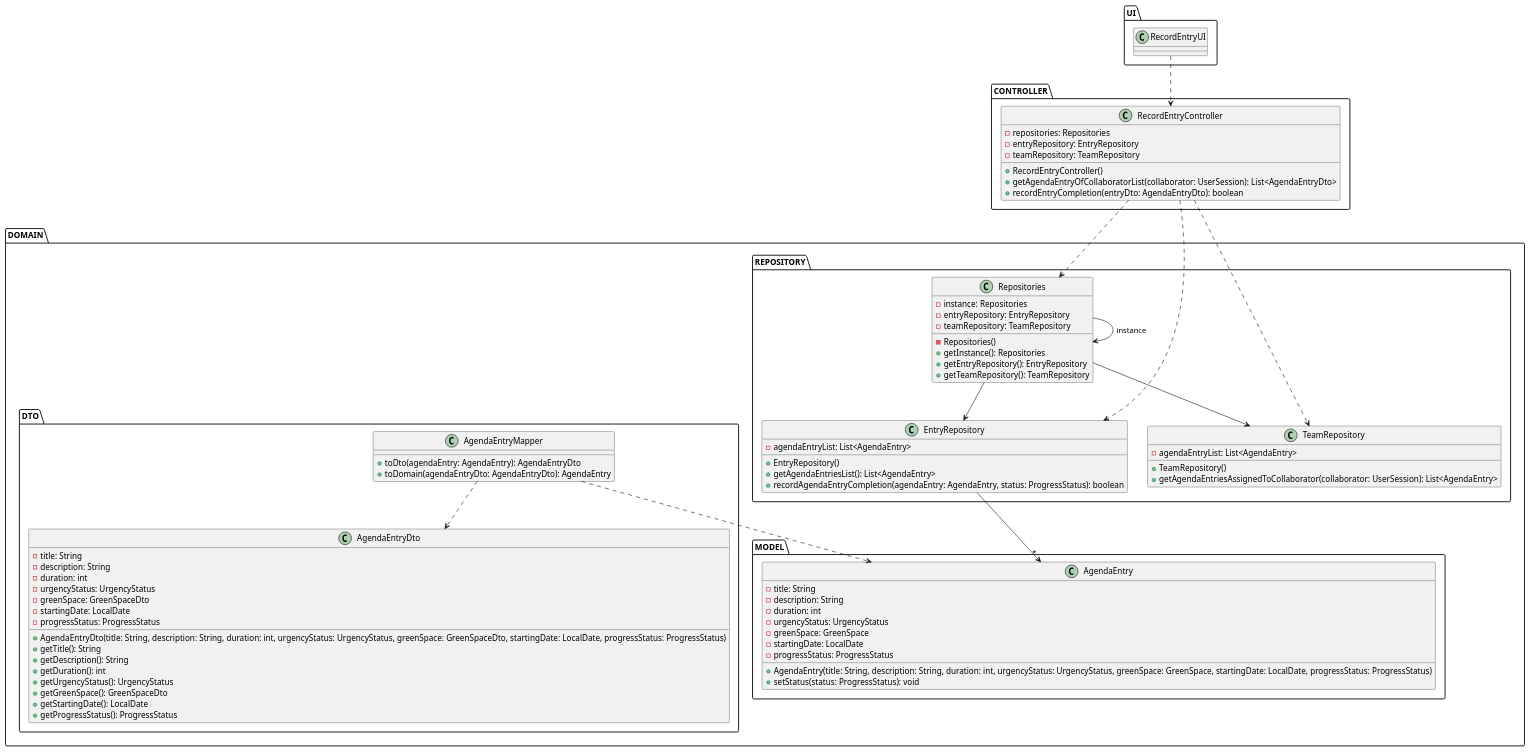
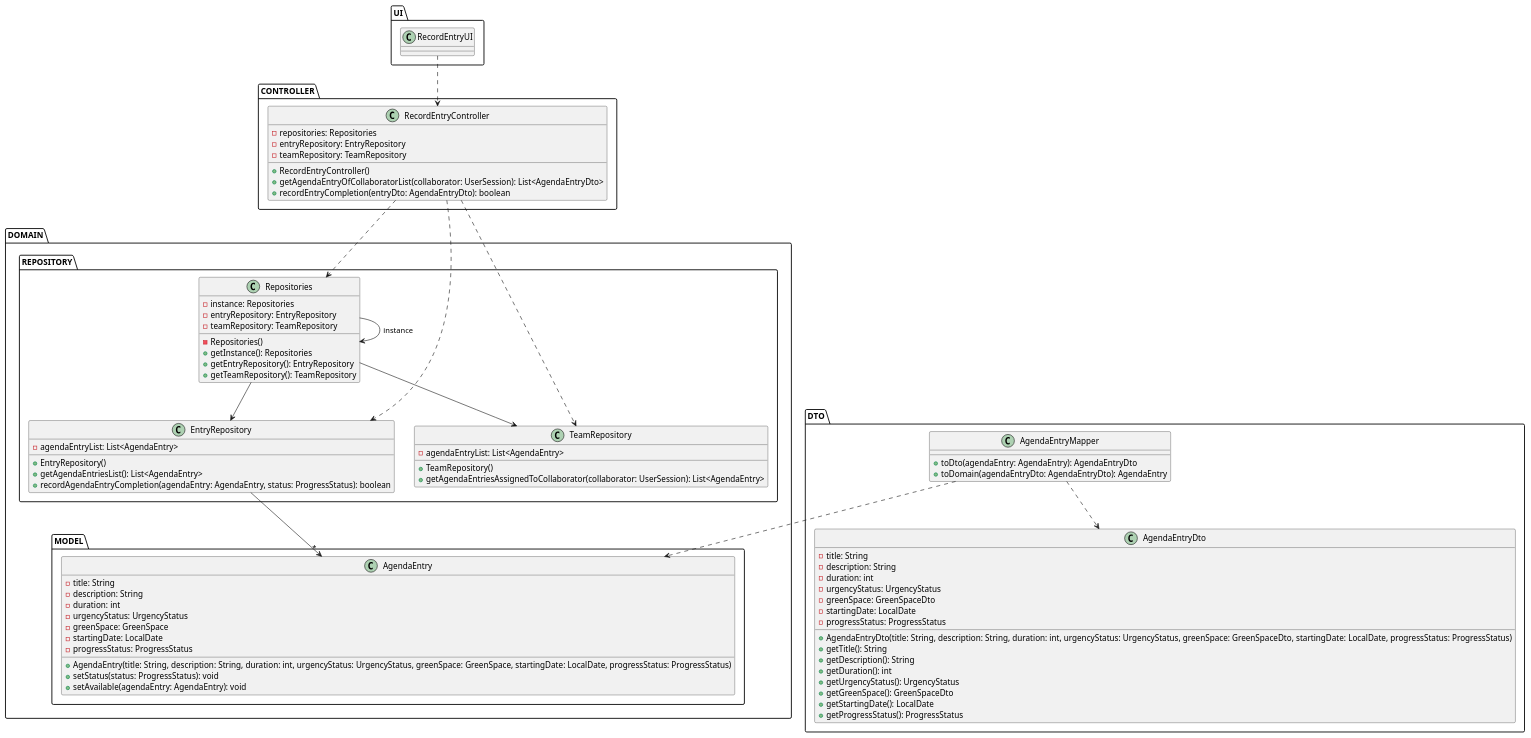
Before and after one commit to ricardomm7/leaflink: the diagram in docs/sprintC/us029/03.design/puml/us029-class-diagram.puml, drawn with PlantUML. The commit also changed 10 other files, not shown here.

```diff
--- a/docs/sprintC/us029/03.design/puml/us029-class-diagram.puml
+++ b/docs/sprintC/us029/03.design/puml/us029-class-diagram.puml
@@ -1,98 +1,98 @@
 @startuml
 skinparam shadowing false
 skinparam line type polyline
 'left to right direction
 package UI {
     class RecordEntryUI {
     }
 }
 
 package CONTROLLER {
     class RecordEntryController {
         - repositories: Repositories
         - entryRepository: EntryRepository
         - teamRepository: TeamRepository
         + RecordEntryController()
         + getAgendaEntryOfCollaboratorList(collaborator: UserSession): List<AgendaEntryDto>
         + recordEntryCompletion(entryDto: AgendaEntryDto): boolean
     }
 }
 
 package DOMAIN {
     package REPOSITORY {
         class Repositories {
             - instance: Repositories
             - entryRepository: EntryRepository
             - teamRepository: TeamRepository
             - Repositories()
             + getInstance(): Repositories
             + getEntryRepository(): EntryRepository
             + getTeamRepository(): TeamRepository
         }
 
         class EntryRepository {
             - agendaEntryList: List<AgendaEntry>
             + EntryRepository()
             + getAgendaEntriesList(): List<AgendaEntry>
             + recordAgendaEntryCompletion(agendaEntry: AgendaEntry, status: ProgressStatus): boolean
         }
 
         class TeamRepository {
             - agendaEntryList: List<AgendaEntry>
             + TeamRepository()
             + getAgendaEntriesAssignedToCollaborator(collaborator: UserSession): List<AgendaEntry>
         }
     }
 
-    package DTO {
+    package MODEL {
+        class AgendaEntry {
+            - title: String
+            - description: String
+            - duration: int
+            - urgencyStatus: UrgencyStatus
+            - greenSpace: GreenSpace
+            - startingDate: LocalDate
+            - progressStatus: ProgressStatus
+            + AgendaEntry(title: String, description: String, duration: int, urgencyStatus: UrgencyStatus, greenSpace: GreenSpace, startingDate: LocalDate, progressStatus: ProgressStatus)
+            + setStatus(status: ProgressStatus): void
+            + setAvailable(agendaEntry: AgendaEntry): void
+        }
+    }
+}
+package DTO {
         class AgendaEntryMapper {
             + toDto(agendaEntry: AgendaEntry): AgendaEntryDto
             + toDomain(agendaEntryDto: AgendaEntryDto): AgendaEntry
         }
 
         class AgendaEntryDto {
             - title: String
             - description: String
             - duration: int
             - urgencyStatus: UrgencyStatus
             - greenSpace: GreenSpaceDto
             - startingDate: LocalDate
             - progressStatus: ProgressStatus
             + AgendaEntryDto(title: String, description: String, duration: int, urgencyStatus: UrgencyStatus, greenSpace: GreenSpaceDto, startingDate: LocalDate, progressStatus: ProgressStatus)
             + getTitle(): String
             + getDescription(): String
             + getDuration(): int
             + getUrgencyStatus(): UrgencyStatus
             + getGreenSpace(): GreenSpaceDto
             + getStartingDate(): LocalDate
             + getProgressStatus(): ProgressStatus
         }
     }
 
-    package MODEL {
-        class AgendaEntry {
-            - title: String
-            - description: String
-            - duration: int
-            - urgencyStatus: UrgencyStatus
-            - greenSpace: GreenSpace
-            - startingDate: LocalDate
-            - progressStatus: ProgressStatus
-            + AgendaEntry(title: String, description: String, duration: int, urgencyStatus: UrgencyStatus, greenSpace: GreenSpace, startingDate: LocalDate, progressStatus: ProgressStatus)
-            + setStatus(status: ProgressStatus): void
-        }
-    }
-}
-
 RecordEntryUI ..> RecordEntryController
 RecordEntryController ..> Repositories
 Repositories --> Repositories: instance
 RecordEntryController ..> EntryRepository
 RecordEntryController ..> TeamRepository
 Repositories --> EntryRepository
 Repositories --> TeamRepository
 EntryRepository --> "*" AgendaEntry
 AgendaEntryMapper ..> AgendaEntryDto
 AgendaEntryMapper ..> AgendaEntry
 
 @enduml
```
